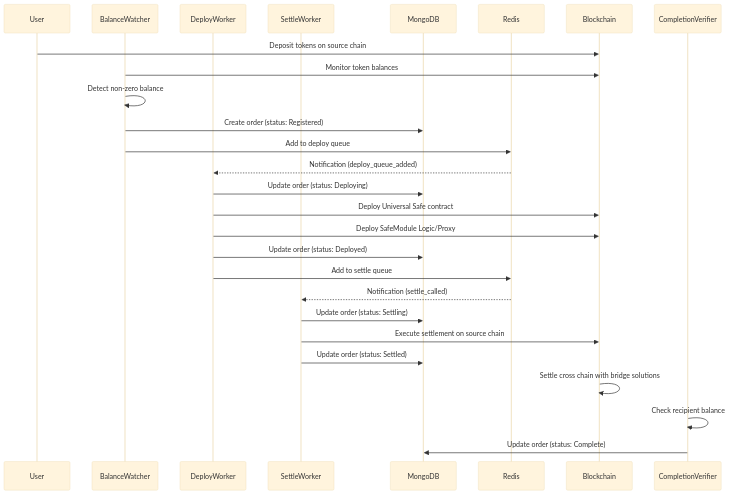
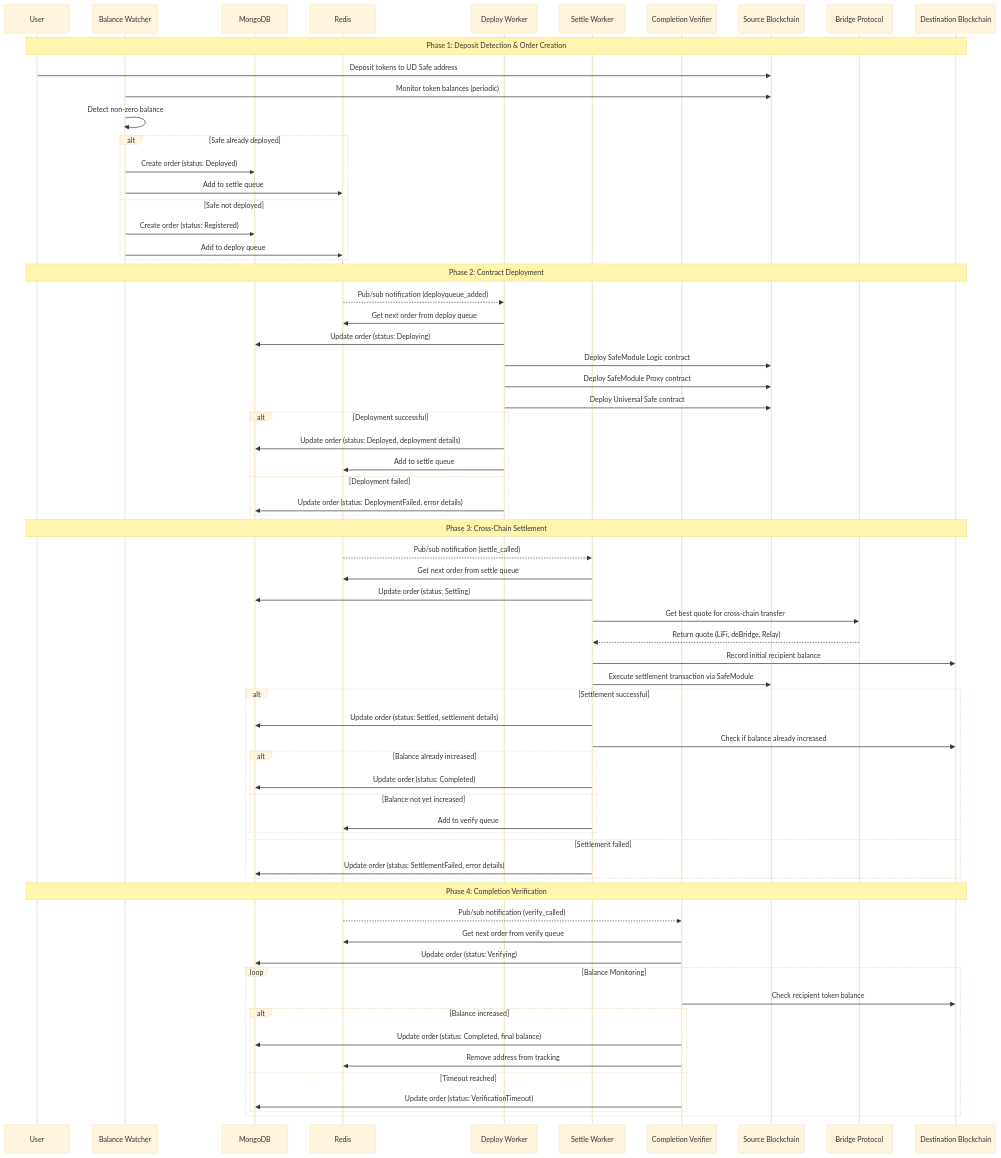
One commit to substance-labs/universal-deposits changed the second of 4 diagrams in packages/deploy-service/README.md. Above: the diagram before and after it, drawn with Mermaid (base theme). The commit also changed other lines of this file and 86 other files, not shown here.

````diff
--- a/packages/deploy-service/README.md
+++ b/packages/deploy-service/README.md
@@ -9,31 +76,82 @@
 ```mermaid
 sequenceDiagram
     participant User
-    participant BalanceWatcher
-    participant DeployWorker
-    participant SettleWorker
+    participant BalanceWatcher as Balance Watcher
     participant MongoDB
     participant Redis
-    participant Blockchain
-    participant CompletionVerifier
+    participant DeployWorker as Deploy Worker
+    participant SettleWorker as Settle Worker
+    participant CompletionVerifier as Completion Verifier
+    participant SourceChain as Source Blockchain
+    participant Bridge as Bridge Protocol
+    participant DestChain as Destination Blockchain
 
+    Note over User, DestChain: Phase 1: Deposit Detection & Order Creation
+    User->>SourceChain: Deposit tokens to UD Safe address
+    BalanceWatcher->>SourceChain: Monitor token balances (periodic)
+    BalanceWatcher->>BalanceWatcher: Detect non-zero balance
 
-    User->>Blockchain: Deposit tokens on source chain
-    BalanceWatcher->>Blockchain: Monitor token balances
-    BalanceWatcher->>BalanceWatcher: Detect non-zero balance
-    BalanceWatcher->>MongoDB: Create order (status: Registered)
-    BalanceWatcher->>Redis: Add to deploy queue
-    Redis-->>DeployWorker: Notification (deploy_queue_added)
+    alt Safe already deployed
+        BalanceWatcher->>MongoDB: Create order (status: Deployed)
+        BalanceWatcher->>Redis: Add to settle queue
+    else Safe not deployed
+        BalanceWatcher->>MongoDB: Create order (status: Registered)
+        BalanceWatcher->>Redis: Add to deploy queue
+    end
+
+    Note over User, DestChain: Phase 2: Contract Deployment
+    Redis-->>DeployWorker: Pub/sub notification (deployqueue_added)
+    DeployWorker->>Redis: Get next order from deploy queue
     DeployWorker->>MongoDB: Update order (status: Deploying)
-    DeployWorker->>Blockchain: Deploy Universal Safe contract
-    DeployWorker->>Blockchain: Deploy SafeModule Logic/Proxy
-    DeployWorker->>MongoDB: Update order (status: Deployed)
-    DeployWorker->>Redis: Add to settle queue
-    Redis-->>SettleWorker: Notification (settle_called)
+
+    DeployWorker->>SourceChain: Deploy SafeModule Logic contract
+    DeployWorker->>SourceChain: Deploy SafeModule Proxy contract
+    DeployWorker->>SourceChain: Deploy Universal Safe contract
+
+    alt Deployment successful
+        DeployWorker->>MongoDB: Update order (status: Deployed, deployment details)
+        DeployWorker->>Redis: Add to settle queue
+    else Deployment failed
+        DeployWorker->>MongoDB: Update order (status: DeploymentFailed, error details)
+    end
+
+    Note over User, DestChain: Phase 3: Cross-Chain Settlement
+    Redis-->>SettleWorker: Pub/sub notification (settle_called)
+    SettleWorker->>Redis: Get next order from settle queue
     SettleWorker->>MongoDB: Update order (status: Settling)
-    SettleWorker->>Blockchain: Execute settlement on source chain
-    SettleWorker->>MongoDB: Update order (status: Settled)
-    Blockchain->>Blockchain: Settle cross chain with bridge solutions
-    CompletionVerifier->>CompletionVerifier: Check recipient balance
-    CompletionVerifier->>MongoDB: Update order (status: Complete)
+
+    SettleWorker->>Bridge: Get best quote for cross-chain transfer
+    Bridge-->>SettleWorker: Return quote (LiFi, deBridge, Relay)
+
+    SettleWorker->>DestChain: Record initial recipient balance
+    SettleWorker->>SourceChain: Execute settlement transaction via SafeModule
+
+    alt Settlement successful
+        SettleWorker->>MongoDB: Update order (status: Settled, settlement details)
+        SettleWorker->>DestChain: Check if balance already increased
+
+        alt Balance already increased
+            SettleWorker->>MongoDB: Update order (status: Completed)
+        else Balance not yet increased
+            SettleWorker->>Redis: Add to verify queue
+        end
+    else Settlement failed
+        SettleWorker->>MongoDB: Update order (status: SettlementFailed, error details)
+    end
+
+    Note over User, DestChain: Phase 4: Completion Verification
+    Redis-->>CompletionVerifier: Pub/sub notification (verify_called)
+    CompletionVerifier->>Redis: Get next order from verify queue
+    CompletionVerifier->>MongoDB: Update order (status: Verifying)
+
+    loop Balance Monitoring
+        CompletionVerifier->>DestChain: Check recipient token balance
+
+        alt Balance increased
+            CompletionVerifier->>MongoDB: Update order (status: Completed, final balance)
+            CompletionVerifier->>Redis: Remove address from tracking
+        else Timeout reached
+            CompletionVerifier->>MongoDB: Update order (status: VerificationTimeout)
+        end
+    end
 ```
````
